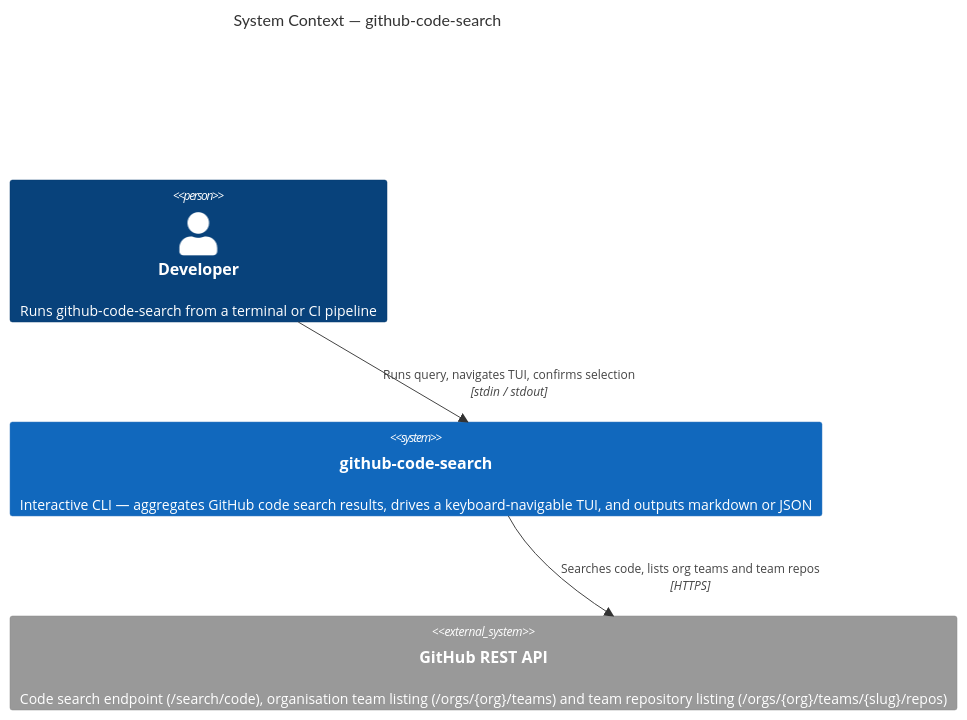
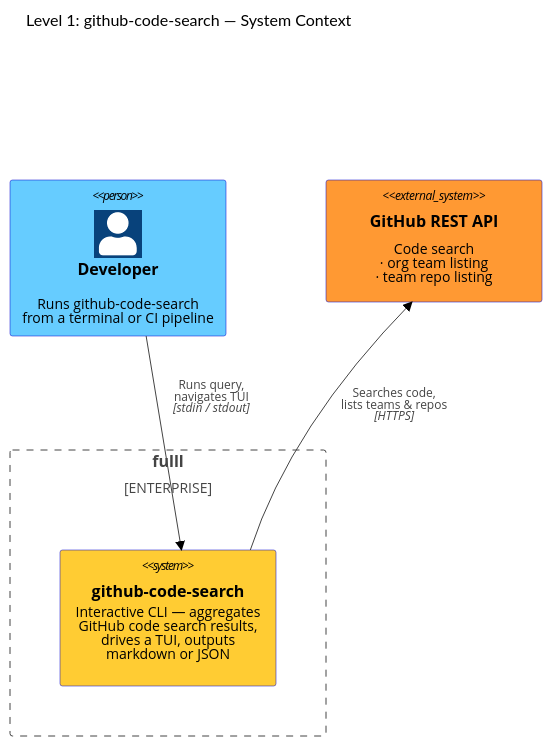
Before and after one commit to fulll/github-code-search: the diagram in docs/architecture/overview.md, drawn with Mermaid. The commit also changed other lines of this file and 7 other files, not shown here.

First line of the commit message:
docs: replace vitepress-plugin-mermaid with vitepress-mermaid-renderer; apply Fulll C4 style (#29)

````diff
--- a/docs/architecture/overview.md
+++ b/docs/architecture/overview.md
@@ -10,13 +10,25 @@
 ```mermaid
+%%{init: {"theme": "base", "themeVariables": {"fontFamily": "Poppins, Aestetico, Arial, sans-serif", "primaryColor": "#66CCFF", "primaryTextColor": "#000000", "lineColor": "#0000CC", "tertiaryColor": "#FFCC33"}, "themeCSS": ".label,.nodeLabel,.cluster-label > span{font-family:Poppins,Arial,sans-serif;letter-spacing:.2px} .cluster-label > span{font-weight:600;font-size:13px} .edgePath .path{stroke-width:2px}"}}%%
 C4Context
-  title System Context — github-code-search
+  title Level 1: github-code-search — System Context
 
-  Person(user, "Developer", "Runs github-code-search from a terminal or CI pipeline")
+  UpdateLayoutConfig($c4ShapeInRow="3", $c4BoundaryInRow="1")
 
-  System(cli, "github-code-search", "Interactive CLI — aggregates GitHub code search results, drives a keyboard-navigable TUI, and outputs markdown or JSON")
+  Person(user, "Developer", "Runs github-code-search<br/>from a terminal or CI pipeline")
 
-  System_Ext(github, "GitHub REST API", "Code search endpoint (/search/code), organisation team listing (/orgs/{org}/teams) and team repository listing (/orgs/{org}/teams/{slug}/repos)")
+  Enterprise_Boundary(fulll, "fulll") {
+    System(cli, "github-code-search", "Interactive CLI — aggregates<br/>GitHub code search results,<br/>drives a TUI, outputs<br/>markdown or JSON")
+  }
 
-  Rel(user, cli, "Runs query, navigates TUI, confirms selection", "stdin / stdout")
-  Rel(cli, github, "Searches code, lists org teams and team repos", "HTTPS")
+  System_Ext(github, "GitHub REST API", "Code search<br/>· org team listing<br/>· team repo listing")
+
+  Rel(user, cli, "Runs query,<br/>navigates TUI", "stdin / stdout")
+  UpdateRelStyle(user, cli, $offsetX="10", $offsetY="-55")
+
+  Rel(cli, github, "Searches code,<br/>lists teams & repos", "HTTPS")
+  UpdateRelStyle(cli, github, $offsetX="10", $offsetY="-30")
+
+  UpdateElementStyle(user, $bgColor="#66CCFF", $borderColor="#0000CC", $fontColor="#000000")
+  UpdateElementStyle(cli, $bgColor="#FFCC33", $borderColor="#0000CC", $fontColor="#000000")
+  UpdateElementStyle(github, $bgColor="#FF9933", $borderColor="#0000CC", $fontColor="#000000")
 ```
````
